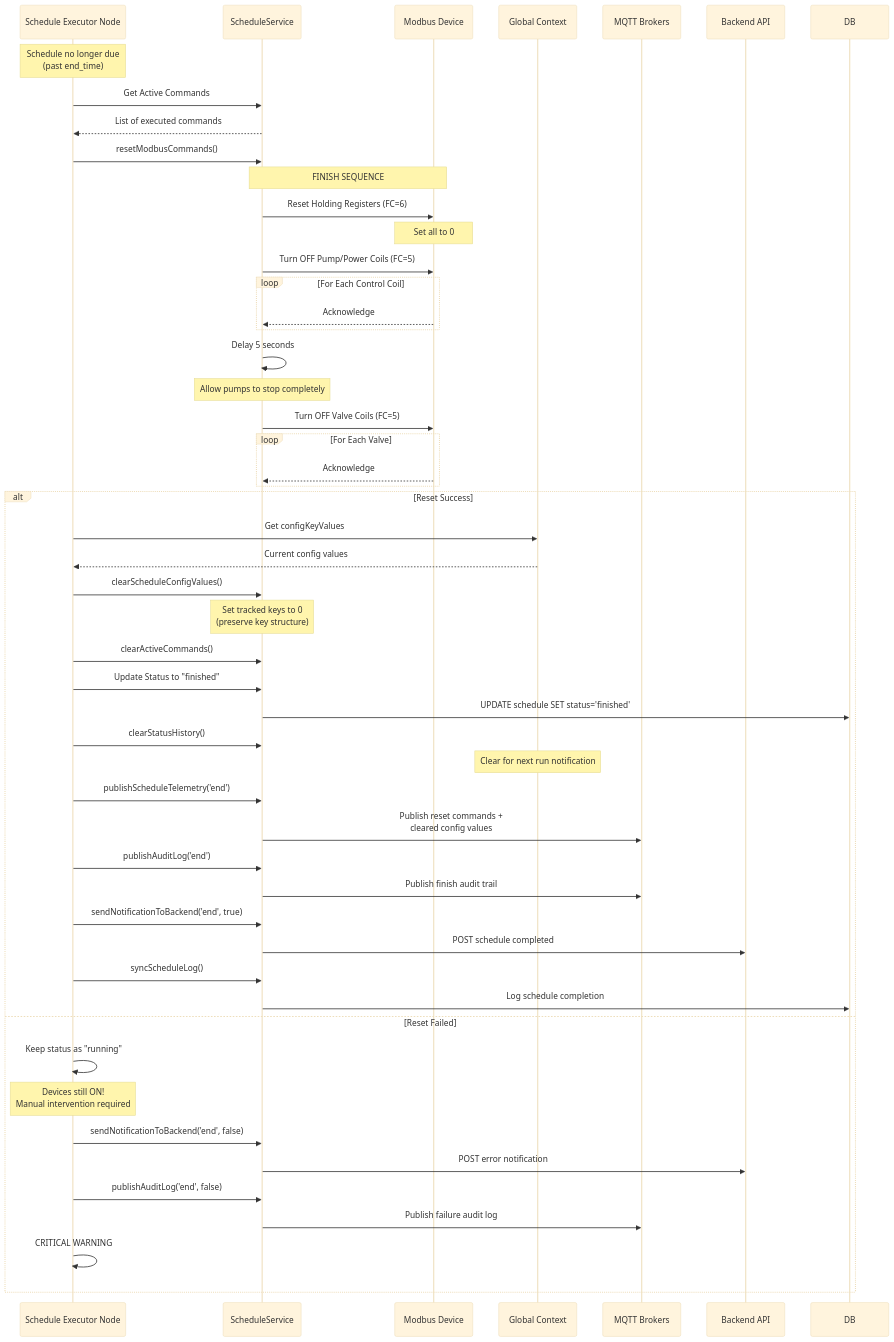
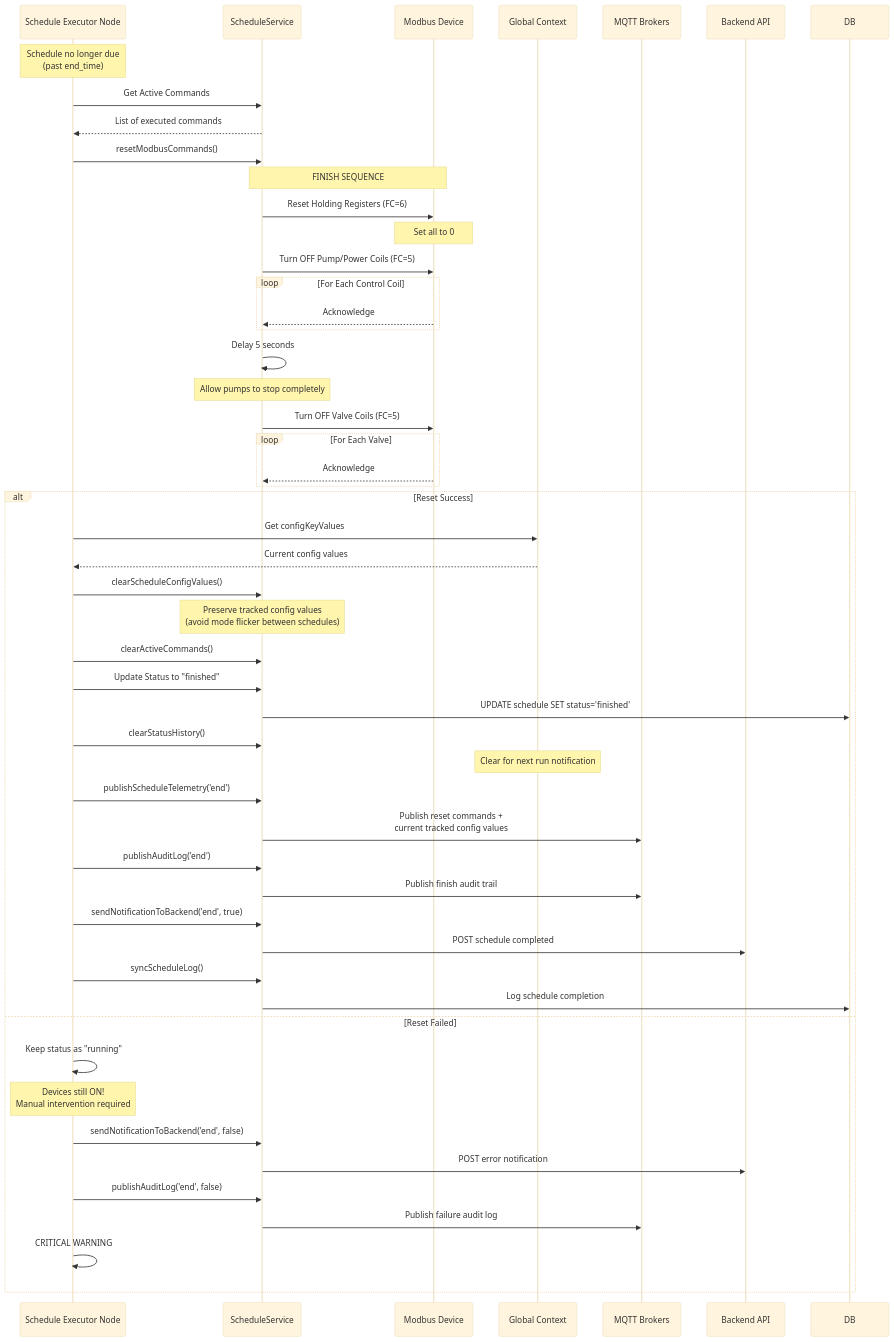
Before and after one commit to VIIS-IOT/viis-node-red: the third of 19 diagrams in src/modules/viis-schedule-executor/docs/FLOW-DOCUMENTATION.md, drawn with Mermaid (base theme). The commit also changed other lines of this file and 16 other files, not shown here.

````diff
--- a/src/modules/viis-schedule-executor/docs/FLOW-DOCUMENTATION.md
+++ b/src/modules/viis-schedule-executor/docs/FLOW-DOCUMENTATION.md
@@ -237,73 +237,73 @@
 ```mermaid
 sequenceDiagram
     participant Node as Schedule Executor Node
     participant Service as ScheduleService
     participant Modbus as Modbus Device
     participant Context as Global Context
     participant MQTT as MQTT Brokers
     participant HTTP as Backend API
-    
+
     Note over Node: Schedule no longer due<br/>(past end_time)
-    
+
     Node->>Service: Get Active Commands
     Service-->>Node: List of executed commands
-    
+
     Node->>Service: resetModbusCommands()
-    
+
     Note over Service,Modbus: FINISH SEQUENCE
     Service->>Modbus: Reset Holding Registers (FC=6)
     Note over Modbus: Set all to 0
-    
+
     Service->>Modbus: Turn OFF Pump/Power Coils (FC=5)
     loop For Each Control Coil
         Modbus-->>Service: Acknowledge
     end
-    
+
     Service->>Service: Delay 5 seconds
     Note over Service: Allow pumps to stop completely
-    
+
     Service->>Modbus: Turn OFF Valve Coils (FC=5)
     loop For Each Valve
         Modbus-->>Service: Acknowledge
     end
-    
+
     alt Reset Success
         Node->>Context: Get configKeyValues
         Context-->>Node: Current config values
-        
+
         Node->>Service: clearScheduleConfigValues()
-        Note over Service: Set tracked keys to 0<br/>(preserve key structure)
-        
+        Note over Service: Preserve tracked config values<br/>(avoid mode flicker between schedules)
+
         Node->>Service: clearActiveCommands()
-        
+
         Node->>Service: Update Status to "finished"
         Service->>DB: UPDATE schedule SET status='finished'
-        
+
         Node->>Service: clearStatusHistory()
         Note over Context: Clear for next run notification
-        
+
         Node->>Service: publishScheduleTelemetry('end')
-        Service->>MQTT: Publish reset commands +<br/>cleared config values
-        
+        Service->>MQTT: Publish reset commands +<br/>current tracked config values
+
         Node->>Service: publishAuditLog('end')
         Service->>MQTT: Publish finish audit trail
-        
+
         Node->>Service: sendNotificationToBackend('end', true)
         Service->>HTTP: POST schedule completed
-        
+
         Node->>Service: syncScheduleLog()
         Service->>DB: Log schedule completion
-        
+
     else Reset Failed
         Node->>Node: Keep status as "running"
         Note over Node: Devices still ON!<br/>Manual intervention required
-        
+
         Node->>Service: sendNotificationToBackend('end', false)
         Service->>HTTP: POST error notification
-        
+
         Node->>Service: publishAuditLog('end', false)
         Service->>MQTT: Publish failure audit log
-        
+
         Node->>Node: CRITICAL WARNING
     end
 ```
````
